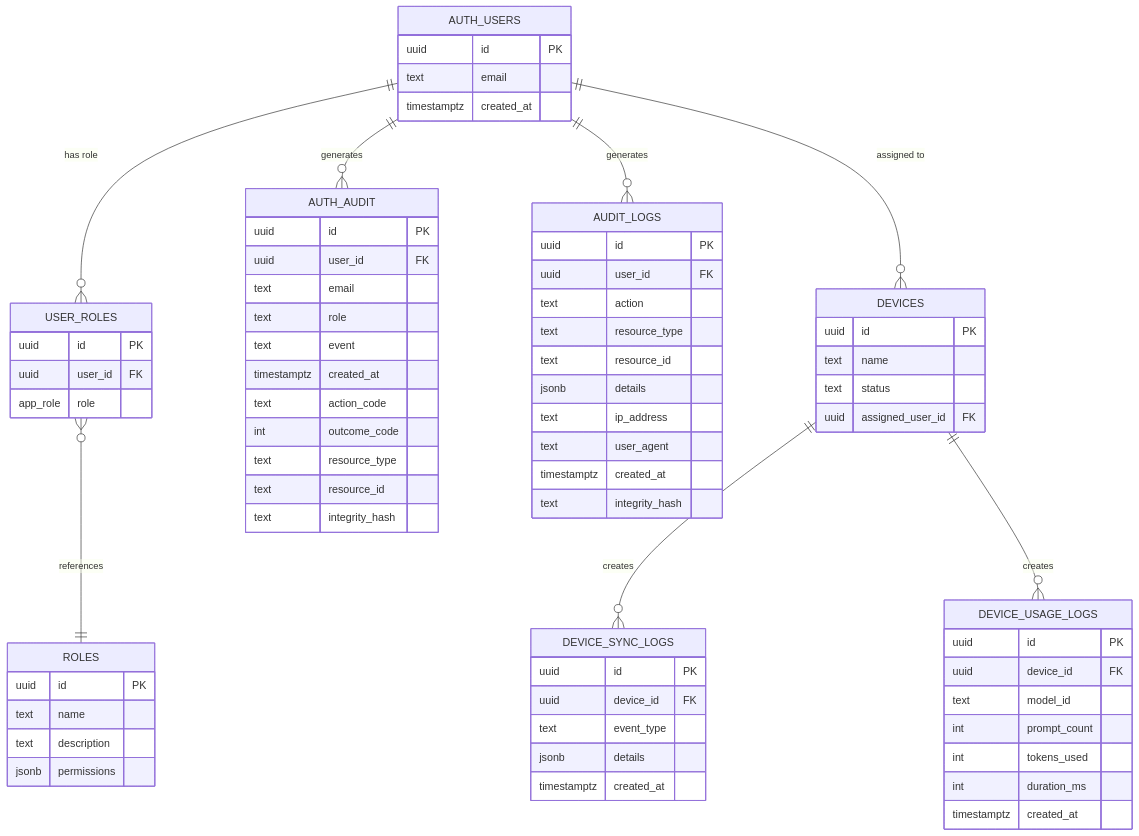
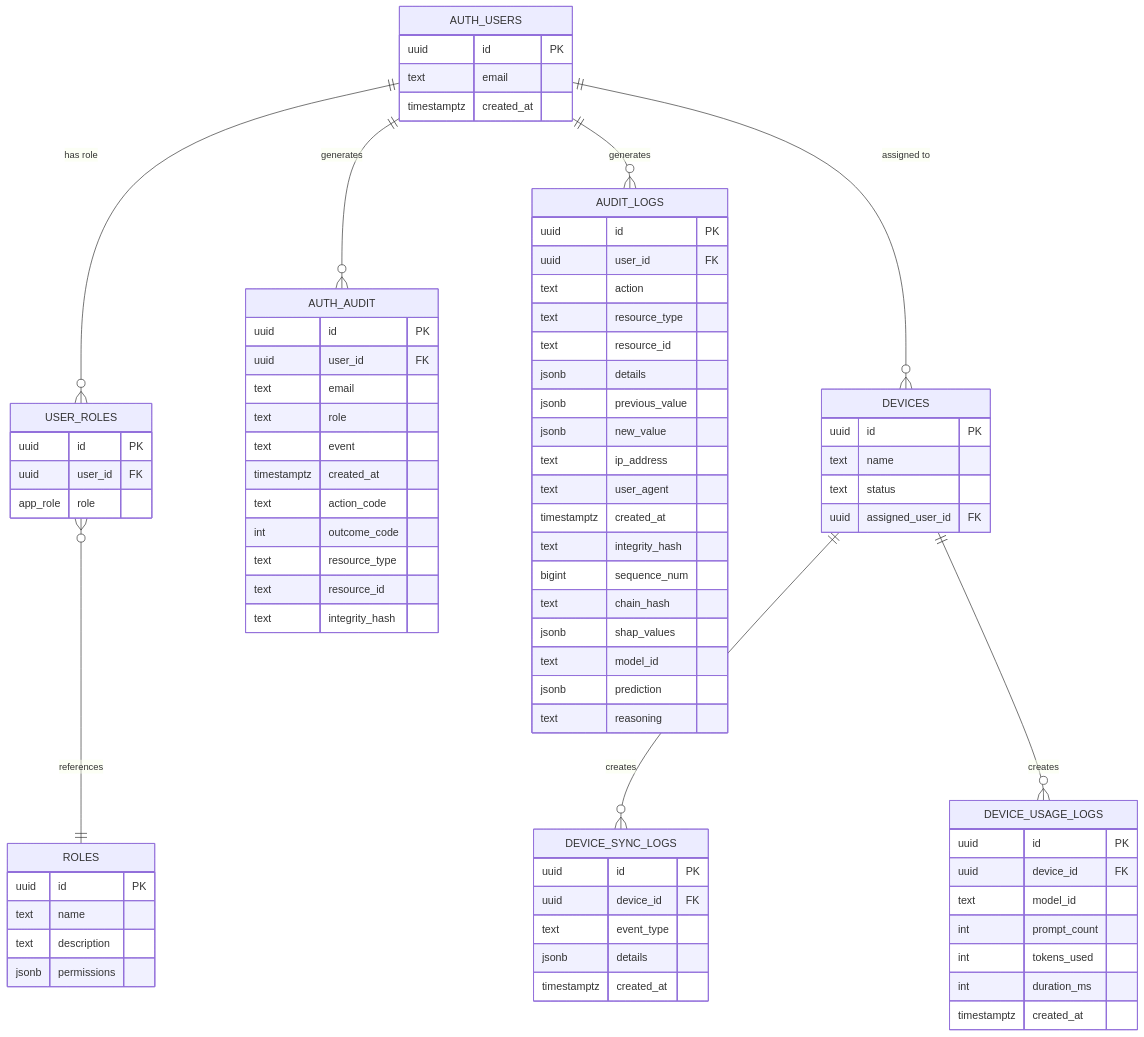
The second of 20 diagrams in ACTIVITY_LOGS_DOCUMENTATION.md (SagarKi2i/Fideon), drawn with Mermaid before and after one commit. The commit also changed other lines of this file and 94 other files, not shown here.

```diff
--- a/ACTIVITY_LOGS_DOCUMENTATION.md
+++ b/ACTIVITY_LOGS_DOCUMENTATION.md
@@ -266,10 +313,18 @@
         text resource_type
         text resource_id
         jsonb details
+        jsonb previous_value
+        jsonb new_value
         text ip_address
         text user_agent
         timestamptz created_at
         text integrity_hash
+        bigint sequence_num
+        text chain_hash
+        jsonb shap_values
+        text model_id
+        jsonb prediction
+        text reasoning
     }
 
     DEVICES {
```
